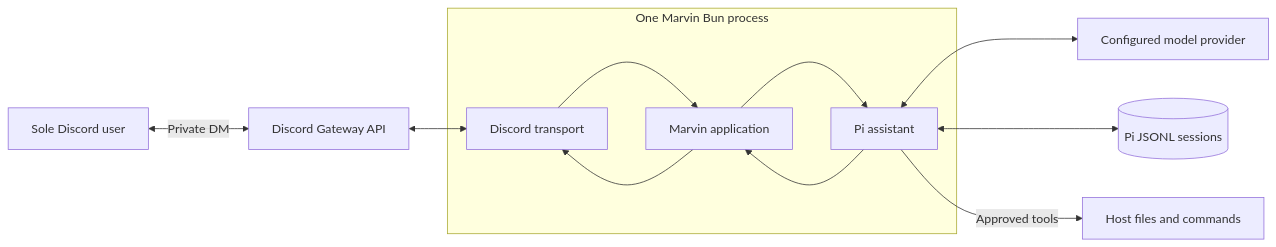
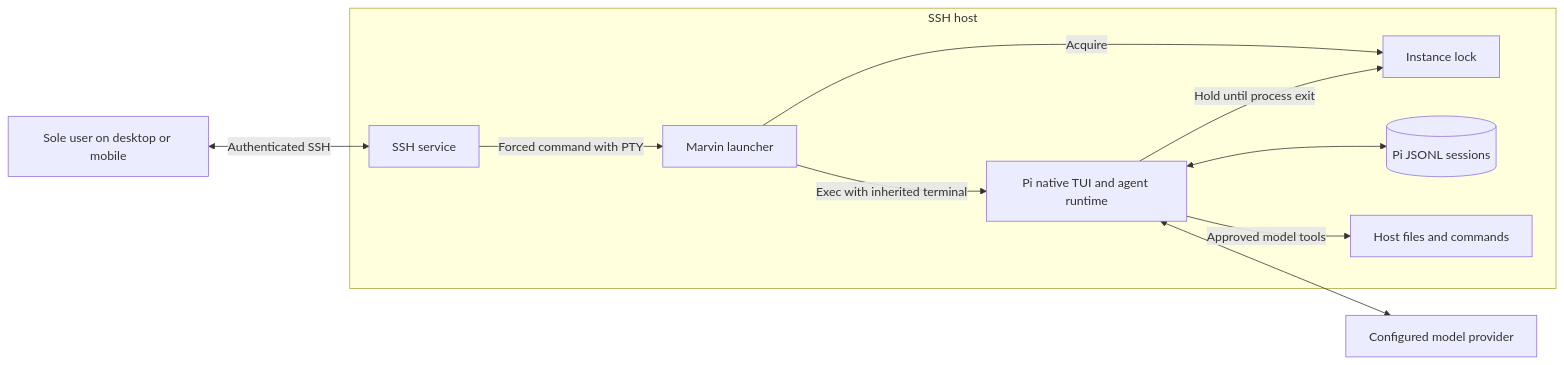
One commit to RashikShahjahan/Marvin changed the diagram in architecture.md. Above: the diagram before and after it, drawn with Mermaid. The commit also changed other lines of this file and 23 other files, not shown here.

````diff
--- a/architecture.md
+++ b/architecture.md
@@ -31,22 +33,24 @@
 ```mermaid
 flowchart LR
-  User[Sole Discord user] <-->|Private DM| Discord[Discord Gateway API]
+  User[Sole user on desktop or mobile]
   Provider[Configured model provider]
-  Sessions[(Pi JSONL sessions)]
-  Host[Host files and commands]
 
-  subgraph Process[One Marvin Bun process]
-    Transport[Discord transport]
-    App[Marvin application]
-    Pi[Pi assistant]
-    Transport --> App
-    App --> Pi
-    Pi --> App
-    App --> Transport
+  subgraph Host[SSH host]
+    SSH[SSH service]
+    Launcher[Marvin launcher]
+    Lock[Instance lock]
+    Pi[Pi native TUI and agent runtime]
+    Sessions[(Pi JSONL sessions)]
+    Resources[Host files and commands]
+
+    SSH -->|Forced command with PTY| Launcher
+    Launcher -->|Acquire| Lock
+    Launcher -->|Exec with inherited terminal| Pi
+    Pi -->|Hold until process exit| Lock
+    Pi <--> Sessions
+    Pi -->|Approved model tools| Resources
   end
 
-  Discord <--> Transport
+  User <-->|Authenticated SSH| SSH
   Pi <--> Provider
-  Pi <--> Sessions
-  Pi -->|Approved tools| Host
 ```
````
